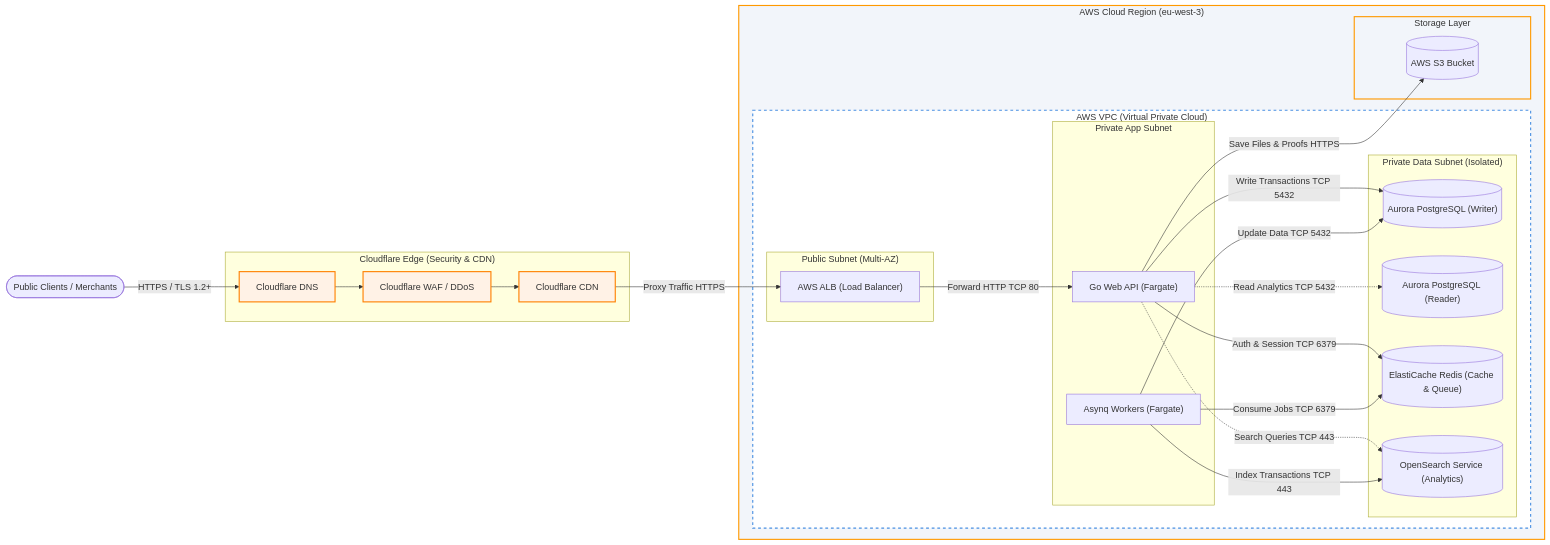
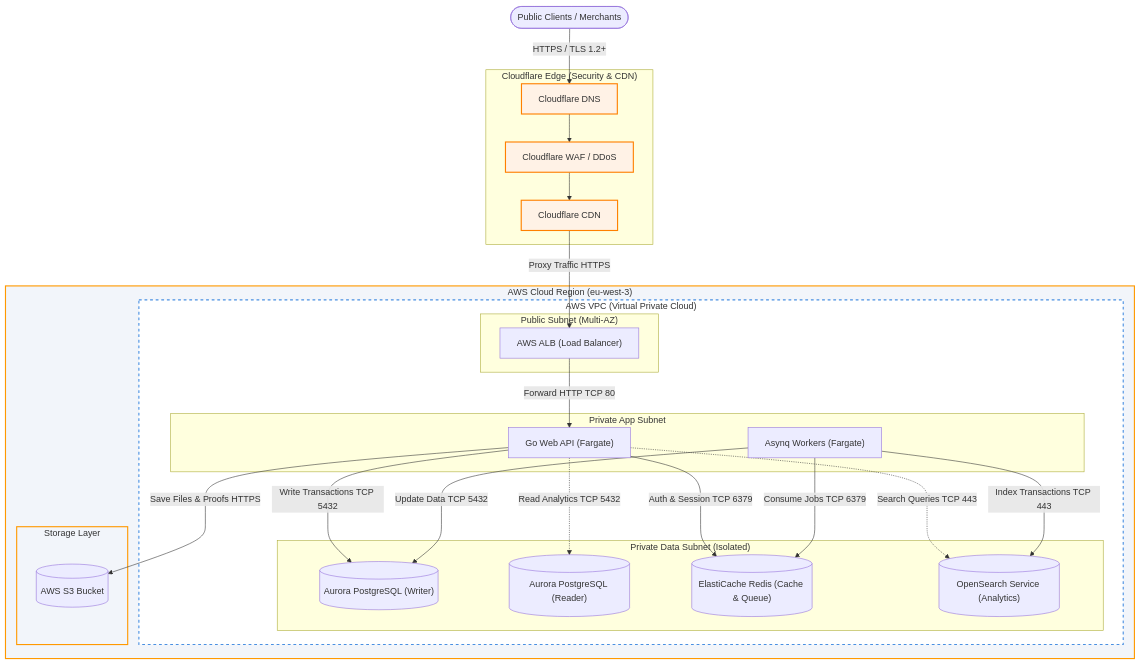
The first of 4 diagrams in profile/README.md (velyon-core/.github), drawn with Mermaid before and after one commit.

Commit message:
Changement d'orientation du schéma d'architecture en TB pour agrandir la taille d'affichage

````diff
--- a/profile/README.md
+++ b/profile/README.md
@@ -37,64 +37,64 @@
 ```mermaid
-graph LR
+graph TB
     %% Core Clients
     Client([Public Clients / Merchants])
     
     %% Edge Layer
     subgraph Edge ["Cloudflare Edge (Security & CDN)"]
         CF_DNS["Cloudflare DNS"]
         CF_WAF["Cloudflare WAF / DDoS"]
         CF_CDN["Cloudflare CDN"]
         CF_DNS --> CF_WAF --> CF_CDN
     end
 
     %% AWS Cloud
     subgraph AWS ["AWS Cloud Region (eu-west-3)"]
         subgraph VPC ["AWS VPC (Virtual Private Cloud)"]
             subgraph Public_Net ["Public Subnet (Multi-AZ)"]
                 ALB["AWS ALB (Load Balancer)"]
             end
             
             subgraph Private_App ["Private App Subnet"]
                 Go_API["Go Web API (Fargate)"]
                 Workers["Asynq Workers (Fargate)"]
             end
             
             subgraph Private_Data ["Private Data Subnet (Isolated)"]
                 DB_Primary[("Aurora PostgreSQL (Writer)")]
                 DB_Replica[("Aurora PostgreSQL (Reader)")]
                 Redis[("ElastiCache Redis (Cache & Queue)")]
                 OpenSearch[("OpenSearch Service (Analytics)")]
             end
         end
         
         subgraph Storage ["Storage Layer"]
             S3[("AWS S3 Bucket")]
         end
     end
 
     %% Connections
     Client -->|HTTPS / TLS 1.2+| CF_DNS
     CF_CDN -->|Proxy Traffic HTTPS| ALB
     ALB -->|Forward HTTP TCP 80| Go_API
     
     %% Go API dependencies
     Go_API -->|Auth & Session TCP 6379| Redis
     Go_API -->|Write Transactions TCP 5432| DB_Primary
     Go_API -.->|Read Analytics TCP 5432| DB_Replica
     Go_API -.->|Search Queries TCP 443| OpenSearch
     Go_API -->|Save Files & Proofs HTTPS| S3
     
     %% Workers dependencies
     Workers -->|Consume Jobs TCP 6379| Redis
     Workers -->|Update Data TCP 5432| DB_Primary
     Workers -->|Index Transactions TCP 443| OpenSearch
 
     %% Custom Styling
     classDef edgeStyle fill:#FFF2E6,stroke:#FF8000,stroke-width:2px;
     classDef awsStyle fill:#F2F5FA,stroke:#FF9900,stroke-width:2px;
     classDef vpcStyle fill:#FFF,stroke:#4A90E2,stroke-width:2px,stroke-dasharray: 5 5;
     
     class CF_DNS,CF_WAF,CF_CDN edgeStyle;
     class AWS,Storage awsStyle;
     class VPC vpcStyle;
 ```
````
